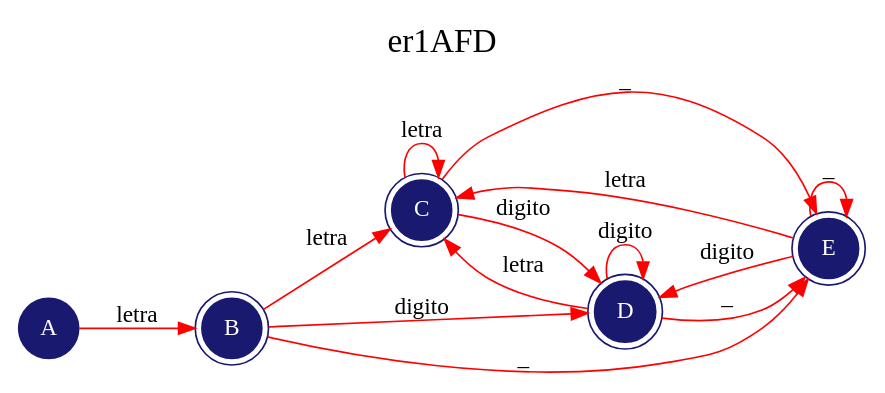
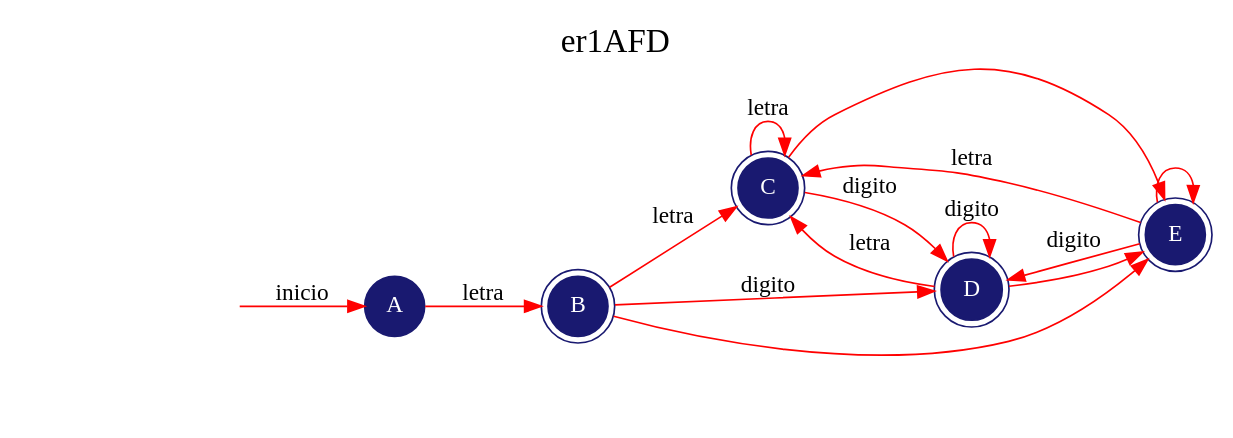
The diagram in bin/Debug/er1AFD.dot (jmansilla-2014056/OCL1_1S_2019_201709396), drawn with Graphviz before and after one commit. The commit also changed 27 other files, not shown here.

```diff
--- a/bin/Debug/er1AFD.dot
+++ b/bin/Debug/er1AFD.dot
@@ -1,39 +1,45 @@
 digraph er1AFD {
 	rankdir=LR;
 	graph [label="er1AFD", labelloc=t, fontsize=20]; 
 	node [style = filled,color = mediumseagreen];
 	node [shape=circle];
 	node [color=midnightblue,fontcolor=white];
 	edge [color=red];
+	secret_node [style=invis];
+	secret_node -> A [label="inicio"];
 
 	A->B [label="letra"];
 
 	B->C [label="letra"];
 
 	B->D [label="digito"];
 
-	B->E [label="_"];
+	B->E [label="
+"];
 
 	C->C [label="letra"];
 
 	C->D [label="digito"];
 
-	C->E [label="_"];
+	C->E [label="
+"];
 
 	D->C [label="letra"];
 
 	D->D [label="digito"];
 
-	D->E [label="_"];
+	D->E [label="
+"];
 
 	E->C [label="letra"];
 
 	E->D [label="digito"];
 
-	E->E [label="_"];
+	E->E [label="
+"];
 
 	B[shape=doublecircle];
 	C[shape=doublecircle];
 	D[shape=doublecircle];
 	E[shape=doublecircle];
  }
```
